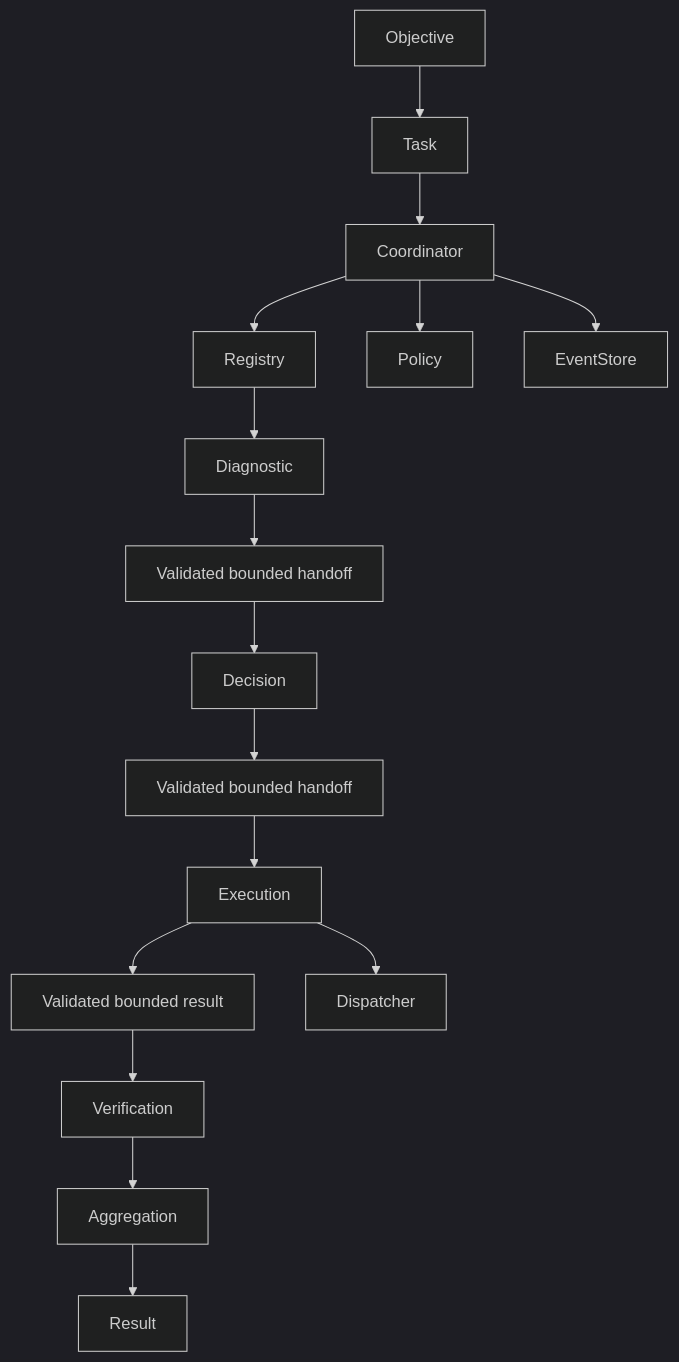
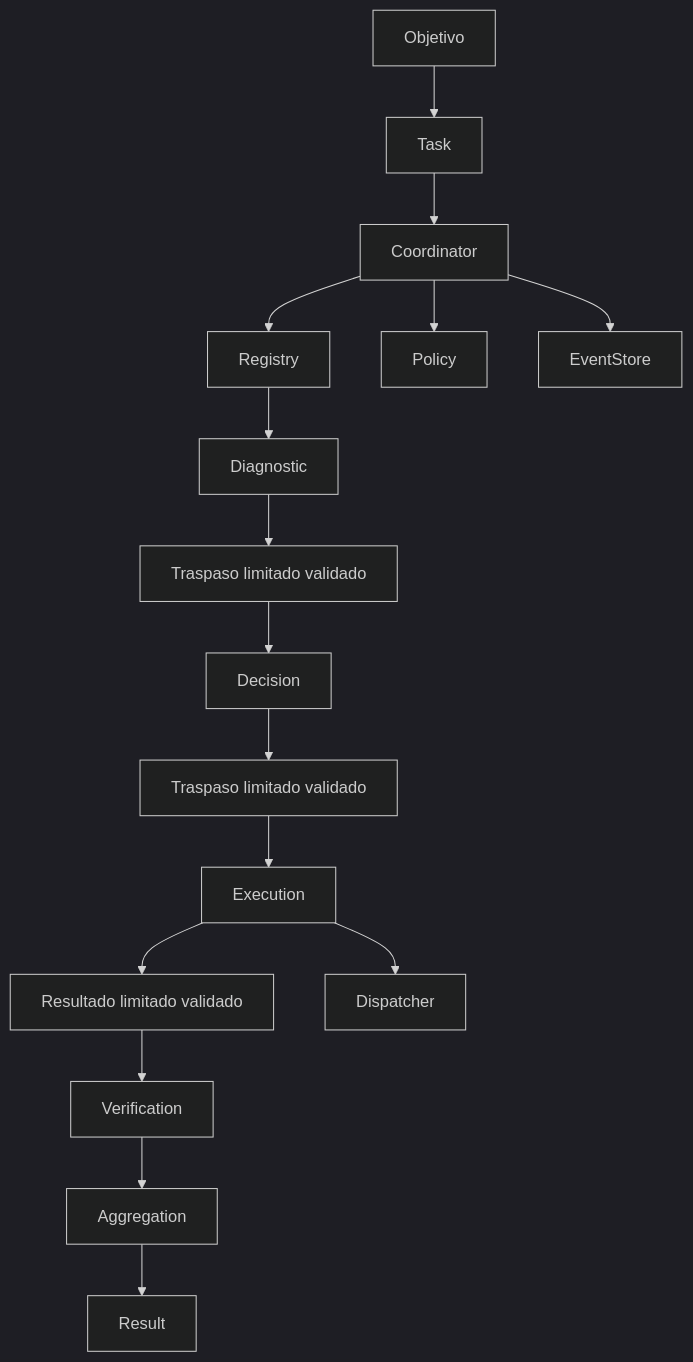
Before and after one commit to johangonzahenri/ai-operating-platform: the diagram in docs/MULTI_AGENT_COORDINATION_CONTRACT.md, drawn with Mermaid (dark theme). The commit also changed other lines of this file and 39 other files, not shown here.

````diff
--- a/docs/MULTI_AGENT_COORDINATION_CONTRACT.md
+++ b/docs/MULTI_AGENT_COORDINATION_CONTRACT.md
@@ -95,18 +71,18 @@
 ```mermaid
 flowchart TD
-  Objective --> Task
+  Objetivo --> Task
   Task --> Coordinator
   Coordinator --> Registry
   Registry --> Diagnostic
-  Diagnostic --> Handoff1[Validated bounded handoff]
+  Diagnostic --> Handoff1[Traspaso limitado validado]
   Handoff1 --> Decision
-  Decision --> Handoff2[Validated bounded handoff]
+  Decision --> Handoff2[Traspaso limitado validado]
   Handoff2 --> Execution
-  Execution --> Handoff3[Validated bounded result]
+  Execution --> Handoff3[Resultado limitado validado]
   Handoff3 --> Verification
   Verification --> Aggregation
   Aggregation --> Result
   Coordinator --> Policy
   Execution --> Dispatcher
   Coordinator --> EventStore
 ```
````
